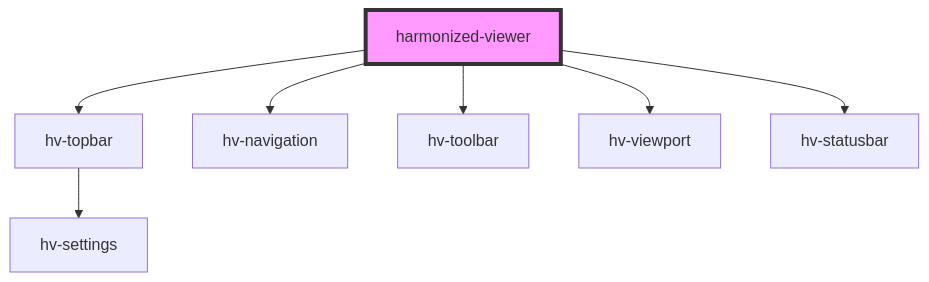
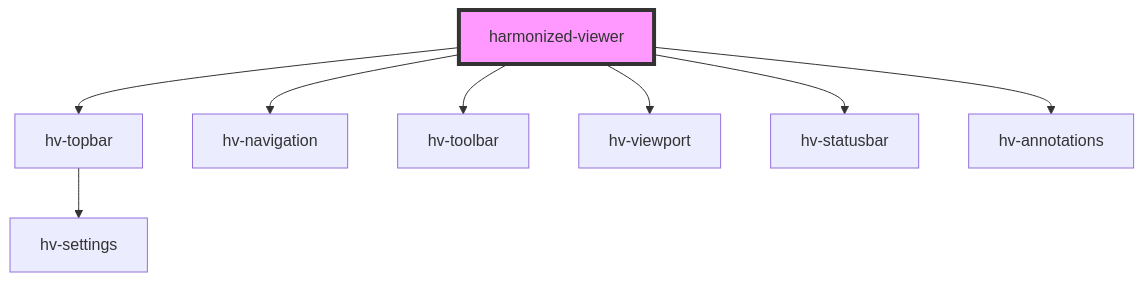
The diagram in src/components/viewer-component/readme.md (bac-lac/lac-harmonized-viewer), drawn with Mermaid before and after one commit. The commit also changed other lines of this file and 3 other files, not shown here.

````diff
--- a/src/components/viewer-component/readme.md
+++ b/src/components/viewer-component/readme.md
@@ -37,10 +65,11 @@
 ```mermaid
 graph TD;
   harmonized-viewer --> hv-topbar
   harmonized-viewer --> hv-navigation
   harmonized-viewer --> hv-toolbar
   harmonized-viewer --> hv-viewport
   harmonized-viewer --> hv-statusbar
+  harmonized-viewer --> hv-annotations
   hv-topbar --> hv-settings
   style harmonized-viewer fill:#f9f,stroke:#333,stroke-width:4px
 ```
````
